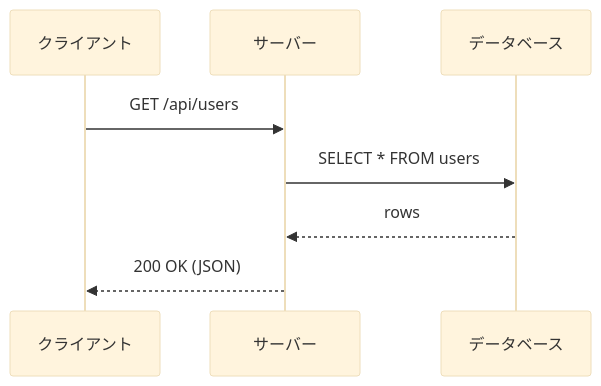
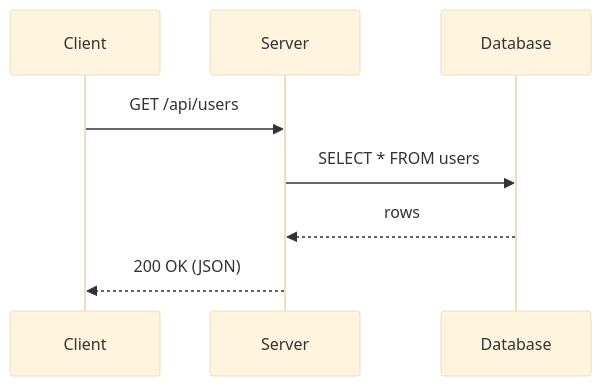
One commit to devicemanager/mdviewer changed the second of 4 diagrams in test-all-elements.md. Above: the diagram before and after it, drawn with Mermaid (base theme). The commit also changed other lines of this file and 4 other files, not shown here.

````diff
--- a/test-all-elements.md
+++ b/test-all-elements.md
@@ -257,11 +257,11 @@
 ```mermaid
 sequenceDiagram
-    participant C as クライアント
-    participant S as サーバー
-    participant D as データベース
+    participant C as Client
+    participant S as Server
+    participant D as Database
 
     C->>S: GET /api/users
     S->>D: SELECT * FROM users
     D-->>S: rows
     S-->>C: 200 OK (JSON)
 ```
````
